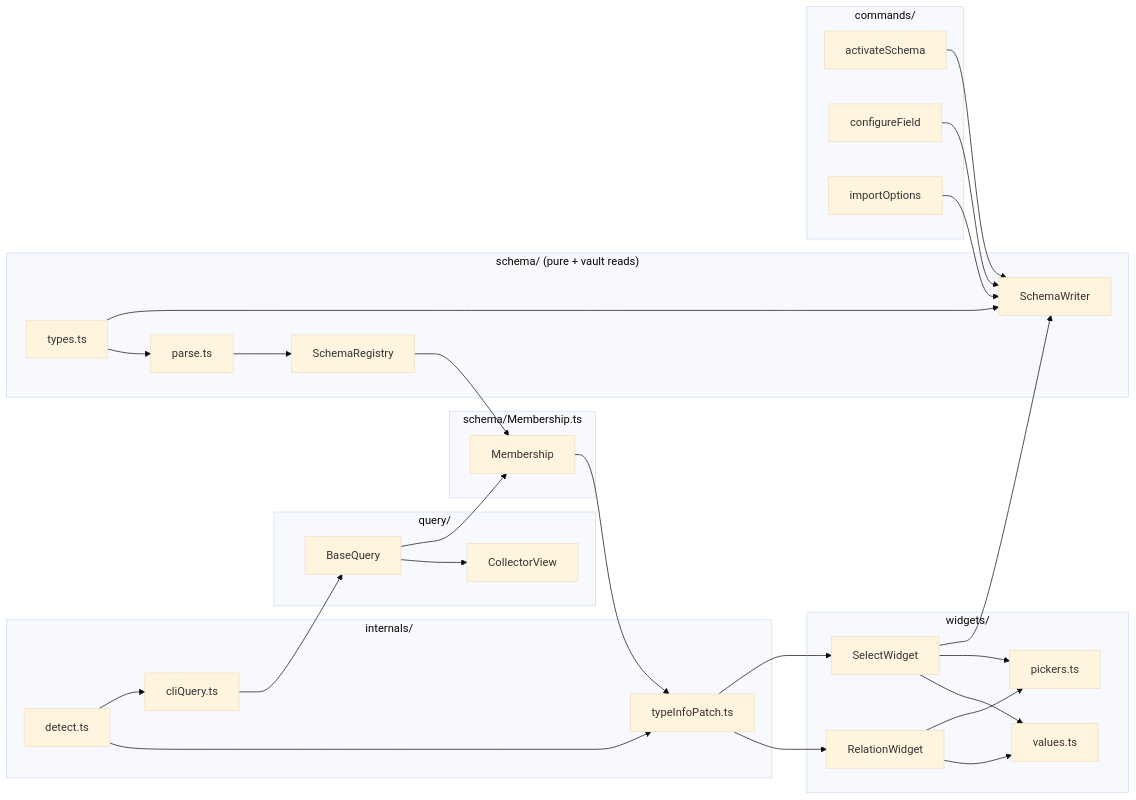
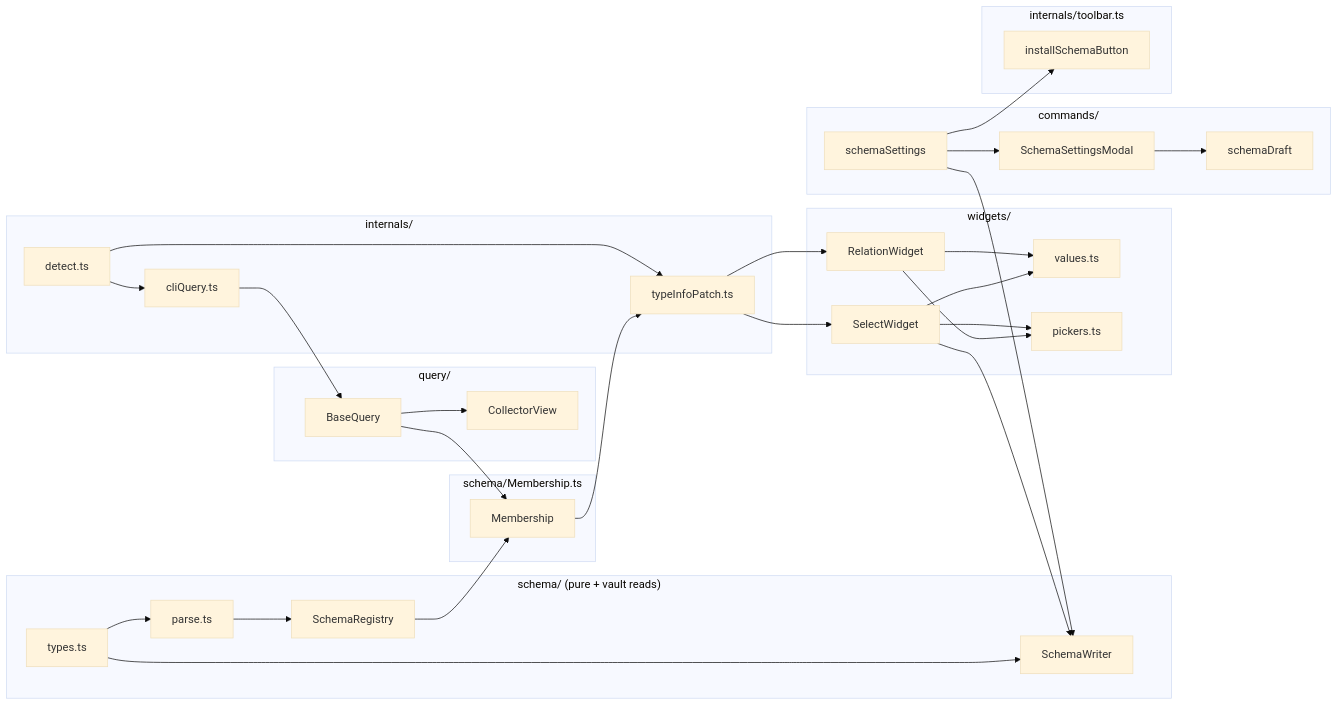
One commit to Macavity/obsidian-improved-bases changed the diagram in wiki/architecture/layers.md. Above: the diagram before and after it, drawn with Mermaid (base theme). The commit also changed other lines of this file and 16 other files, not shown here.

Commit message:
Document schema settings dialog

````diff
--- a/wiki/architecture/layers.md
+++ b/wiki/architecture/layers.md
@@ -17,36 +17,40 @@
 ```mermaid
 flowchart LR
   subgraph schema["schema/ (pure + vault reads)"]
     types[types.ts] --> parse[parse.ts]
     parse --> Registry[SchemaRegistry]
     types --> Writer[SchemaWriter]
   end
   subgraph query["query/"]
     BQ[BaseQuery] --> Collector[CollectorView]
   end
   subgraph membership["schema/Membership.ts"]
     M[Membership]
   end
   subgraph internals["internals/"]
     detect[detect.ts] --> patch[typeInfoPatch.ts]
     detect --> cli[cliQuery.ts]
   end
   subgraph widgets["widgets/"]
     RW[RelationWidget] --> values[values.ts]
     SW[SelectWidget] --> values
     SW --> pickers[pickers.ts]
     RW --> pickers
   end
   subgraph commands["commands/"]
-    act[activateSchema] --> Writer
-    cfg[configureField] --> Writer
-    imp[importOptions] --> Writer
+    ss[schemaSettings] --> Writer
+    modal[SchemaSettingsModal] --> draft[schemaDraft]
+    ss --> modal
   end
+  subgraph toolbar["internals/toolbar.ts"]
+    btn[installSchemaButton]
+  end
+  ss --> btn
   Registry --> M
   BQ --> M
   cli --> BQ
   M --> patch
   patch --> RW
   patch --> SW
   SW --> Writer
 ```
````
